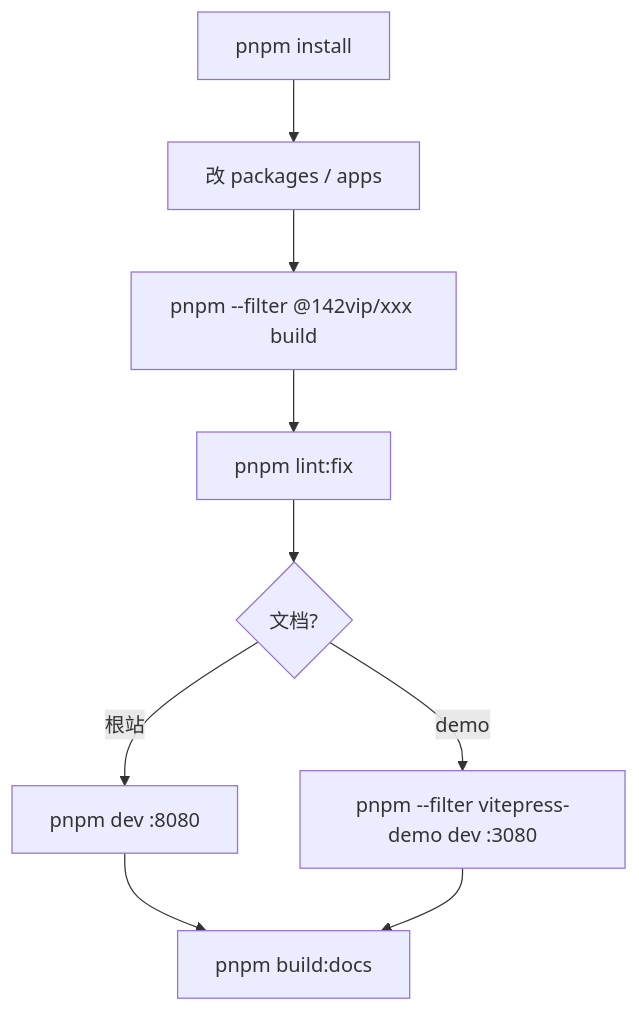
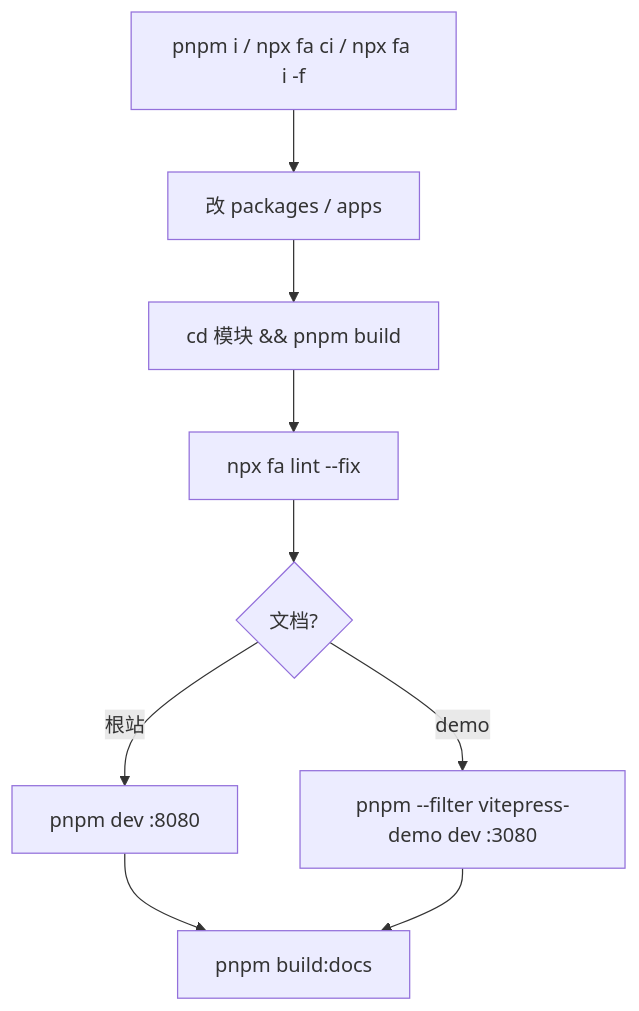
Before and after one commit to 142vip/core-x: the fifth of 5 diagrams in docs/index.md, drawn with Mermaid. The commit also changed other lines of this file and 5 other files, not shown here.

First line of the commit message:
docs: 对齐安装入口、`npx fa lint` 与 `pnpm verify`

````diff
--- a/docs/index.md
+++ b/docs/index.md
@@ -104,11 +104,11 @@
 ```mermaid
 flowchart TD
-  A["pnpm install"] --> B["改 packages / apps"]
-  B --> C["pnpm --filter @142vip/xxx build"]
-  C --> D["pnpm lint:fix"]
+  A["pnpm i / npx fa ci / npx fa i -f"] --> B["改 packages / apps"]
+  B --> C["cd 模块 && pnpm build"]
+  C --> D["npx fa lint --fix"]
   D --> E{"文档?"}
   E -->|根站| F["pnpm dev :8080"]
   E -->|demo| G["pnpm --filter vitepress-demo dev :3080"]
   F --> H["pnpm build:docs"]
   G --> H
 ```
````
